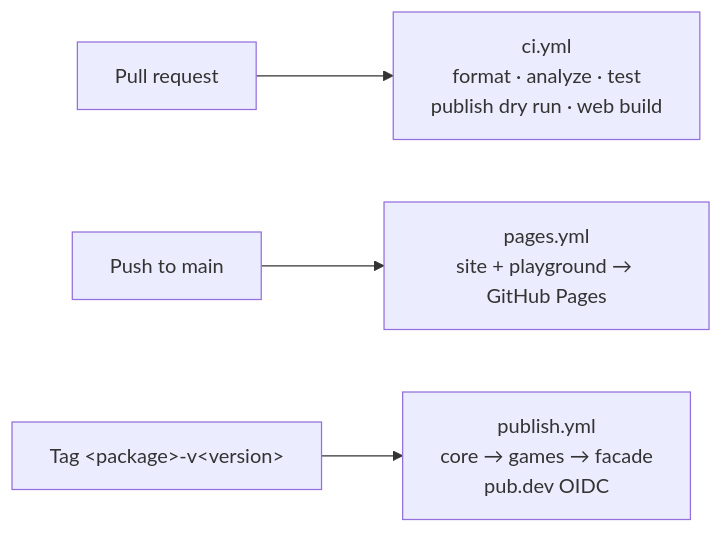
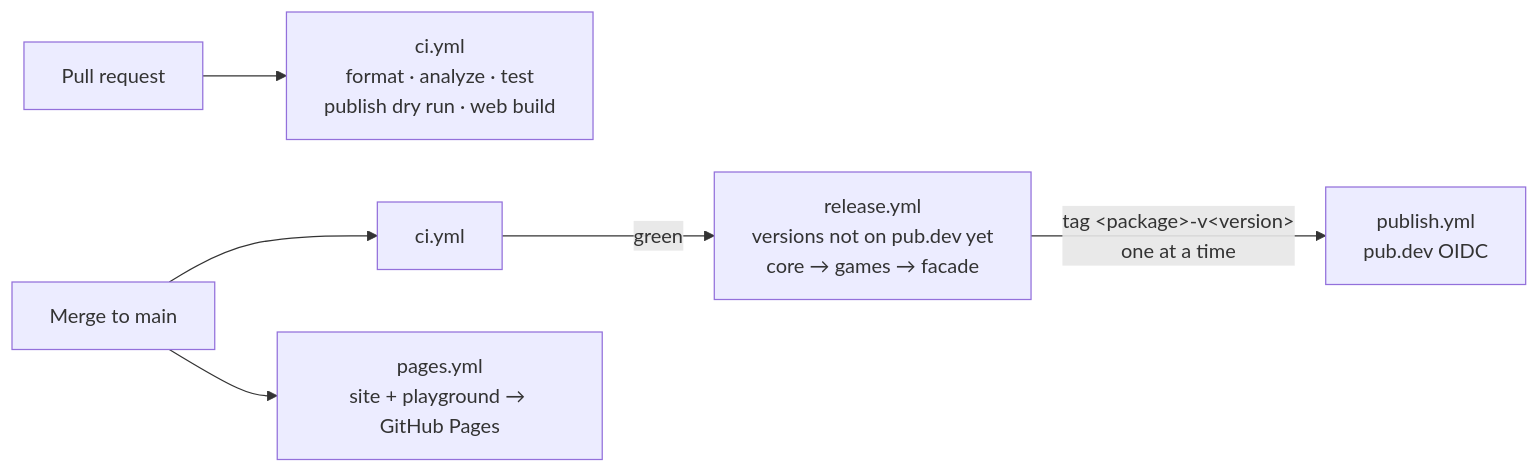
One commit to VB10/flutter_flame_gallery changed the fourth of 4 diagrams in README.md. Above: the diagram before and after it, drawn with Mermaid. The commit also changed other lines of this file and 5 other files, not shown here.

First line of the commit message:
Publish packages automatically after a green merge to main

````diff
--- a/README.md
+++ b/README.md
@@ -161,6 +161,8 @@
 ```mermaid
 graph LR
   pr["Pull request"] --> ci["ci.yml<br/>format · analyze · test<br/>publish dry run · web build"]
-  main["Push to main"] --> pages["pages.yml<br/>site + playground → GitHub Pages"]
-  tag["Tag &lt;package&gt;-v&lt;version&gt;"] --> publish["publish.yml<br/>core → games → facade<br/>pub.dev OIDC"]
+  main["Merge to main"] --> ci2["ci.yml"]
+  main --> pages["pages.yml<br/>site + playground → GitHub Pages"]
+  ci2 -- green --> release["release.yml<br/>versions not on pub.dev yet<br/>core → games → facade"]
+  release -- "tag &lt;package&gt;-v&lt;version&gt;<br/>one at a time" --> publish["publish.yml<br/>pub.dev OIDC"]
 ```
````
